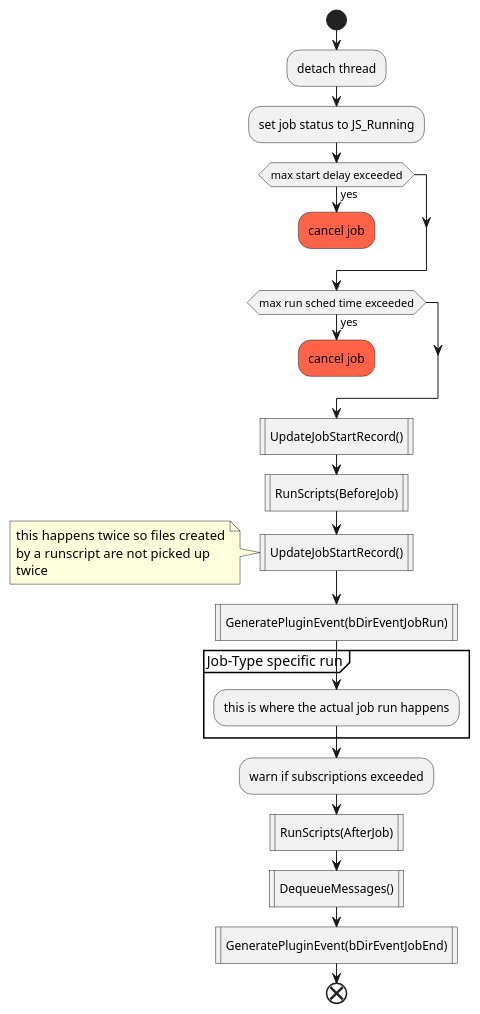
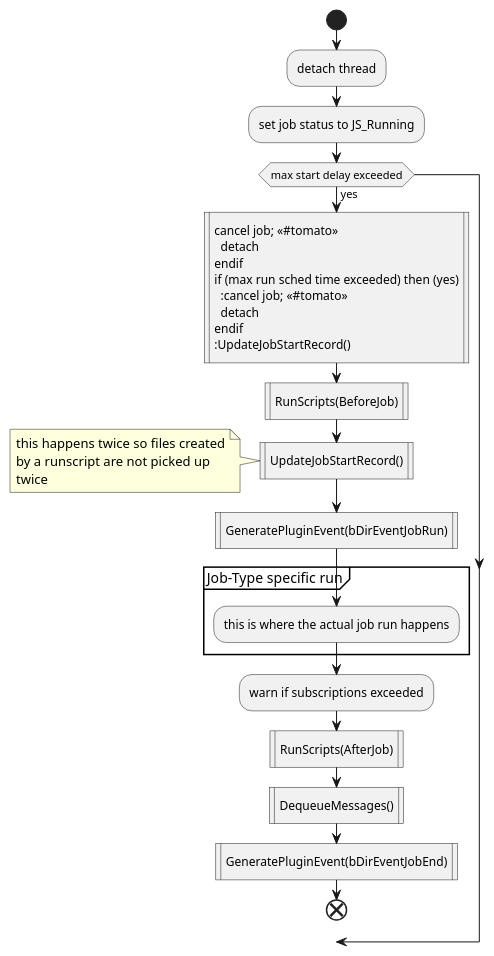
One commit to bareos/bareos changed the diagram in docs/manuals/source/DeveloperGuide/jobexec/job_thread.puml. Above: the diagram before and after it, drawn with PlantUML. The commit also changed 4 other files, not shown here.

```diff
--- a/docs/manuals/source/DeveloperGuide/jobexec/job_thread.puml
+++ b/docs/manuals/source/DeveloperGuide/jobexec/job_thread.puml
@@ -1,34 +1,34 @@
 @startuml
 start
 :detach thread;
 :set job status to JS_Running;
 
 if (max start delay exceeded) then (yes)
-  #tomato:cancel job;
+  :cancel job; <<#tomato>>
   detach
 endif
 if (max run sched time exceeded) then (yes)
-  #tomato:cancel job;
+  :cancel job; <<#tomato>>
   detach
 endif
-:UpdateJobStartRecord()|
-:RunScripts(BeforeJob)|
-:UpdateJobStartRecord()|
+:UpdateJobStartRecord(); <<procedure>>
+:RunScripts(BeforeJob); <<procedure>>
+:UpdateJobStartRecord(); <<procedure>>
 note
   this happens twice so files created
   by a runscript are not picked up
   twice
 end note
-:GeneratePluginEvent(bDirEventJobRun)|
+:GeneratePluginEvent(bDirEventJobRun); <<procedure>>
 
 partition "Job-Type specific run" {
   :this is where the actual job run happens;
 }
 
 :warn if subscriptions exceeded;
 
-:RunScripts(AfterJob)|
-:DequeueMessages()|
-:GeneratePluginEvent(bDirEventJobEnd)|
+:RunScripts(AfterJob); <<procedure>>
+:DequeueMessages(); <<procedure>>
+:GeneratePluginEvent(bDirEventJobEnd); <<procedure>>
 end
 @enduml
```
